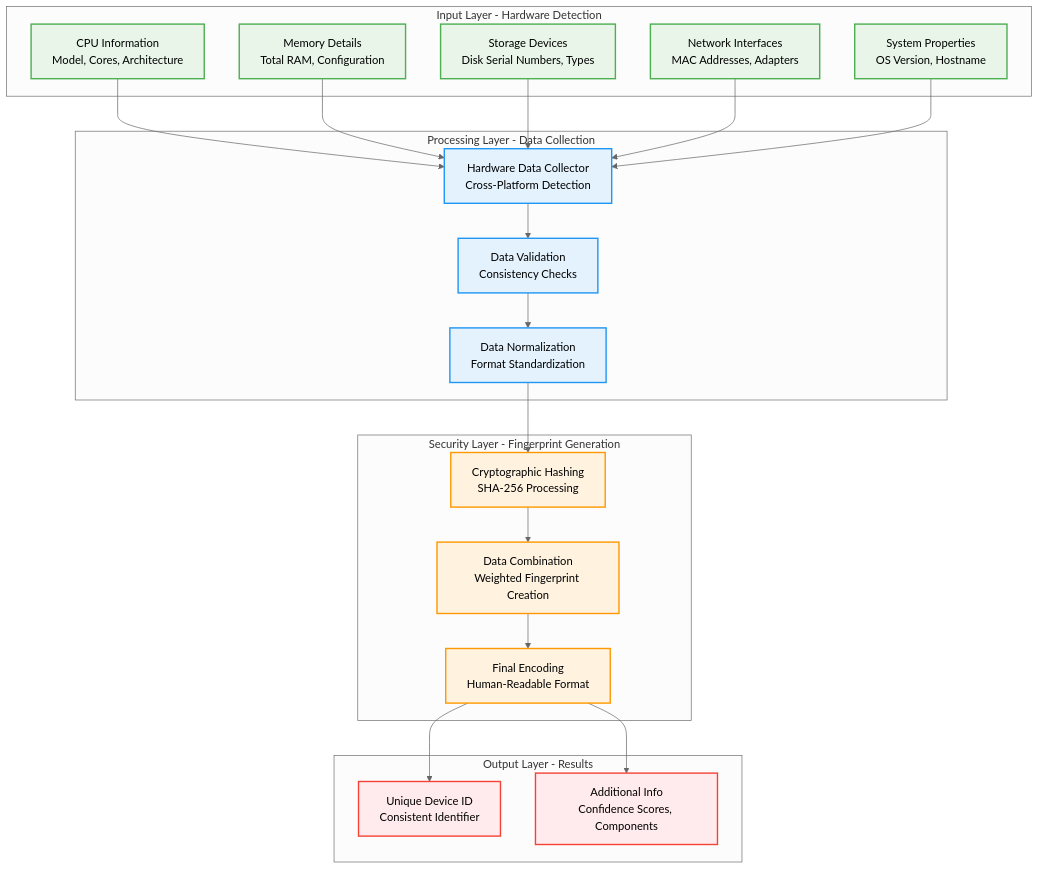
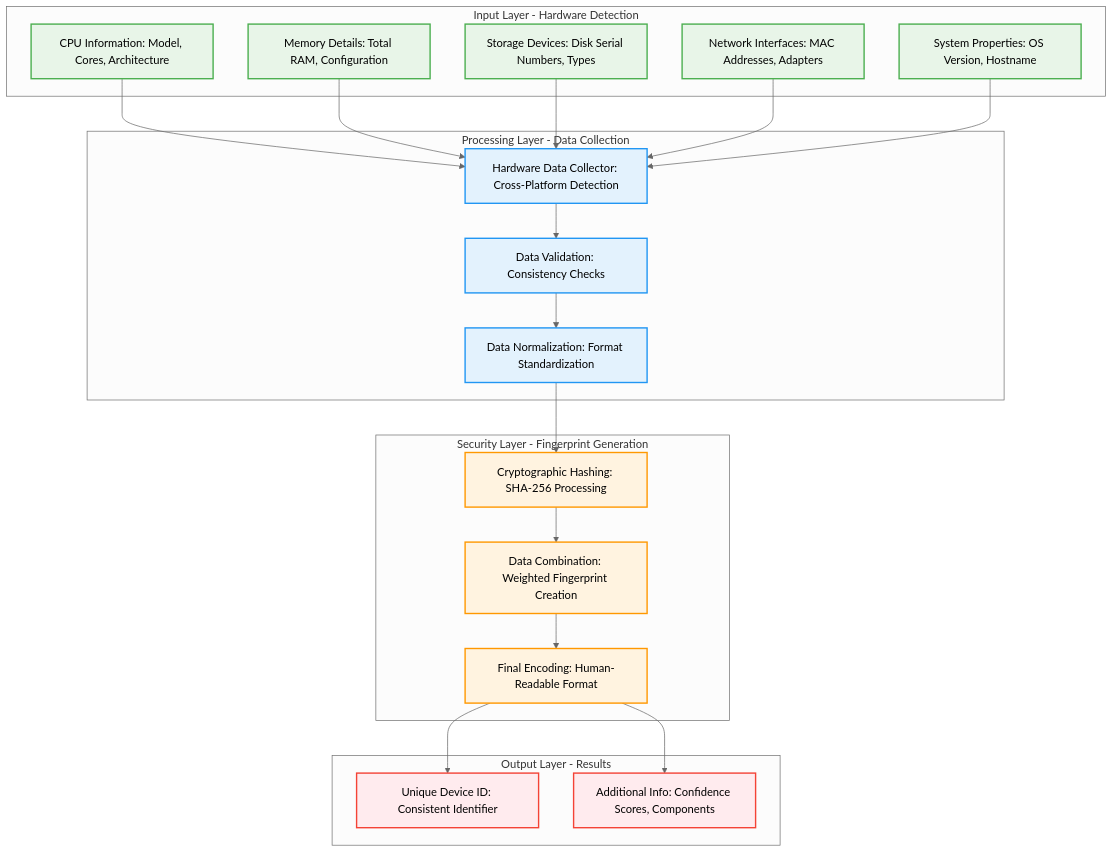
Before and after one commit to Johnsonajibi/DeviceFingerprinting: the first of 7 diagrams in README.md, drawn with Mermaid (neutral theme). The commit also changed other lines of this file, not shown here.

First line of the commit message:
Fix Mermaid diagram syntax errors

````diff
--- a/README.md
+++ b/README.md
@@ -21,52 +21,52 @@
 ```mermaid
 graph TB
     subgraph "Input Layer - Hardware Detection"
-        CPU[CPU Information<br/>Model, Cores, Architecture]
-        Memory[Memory Details<br/>Total RAM, Configuration]
-        Storage[Storage Devices<br/>Disk Serial Numbers, Types]
-        Network[Network Interfaces<br/>MAC Addresses, Adapters]
-        System[System Properties<br/>OS Version, Hostname]
+        CPU["CPU Information: Model, Cores, Architecture"]
+        Memory["Memory Details: Total RAM, Configuration"]
+        Storage["Storage Devices: Disk Serial Numbers, Types"]
+        Network["Network Interfaces: MAC Addresses, Adapters"]
+        System["System Properties: OS Version, Hostname"]
     end
     
     subgraph "Processing Layer - Data Collection"
-        Collector[Hardware Data Collector<br/>Cross-Platform Detection]
-        Validator[Data Validation<br/>Consistency Checks]
-        Normalizer[Data Normalization<br/>Format Standardization]
+        Collector["Hardware Data Collector: Cross-Platform Detection"]
+        Validator["Data Validation: Consistency Checks"]
+        Normalizer["Data Normalization: Format Standardization"]
     end
     
     subgraph "Security Layer - Fingerprint Generation"
-        Hasher[Cryptographic Hashing<br/>SHA-256 Processing]
-        Combiner[Data Combination<br/>Weighted Fingerprint Creation]
-        Encoder[Final Encoding<br/>Human-Readable Format]
+        Hasher["Cryptographic Hashing: SHA-256 Processing"]
+        Combiner["Data Combination: Weighted Fingerprint Creation"]
+        Encoder["Final Encoding: Human-Readable Format"]
     end
     
     subgraph "Output Layer - Results"
-        Fingerprint[Unique Device ID<br/>Consistent Identifier]
-        Metadata[Additional Info<br/>Confidence Scores, Components]
+        Fingerprint["Unique Device ID: Consistent Identifier"]
+        Metadata["Additional Info: Confidence Scores, Components"]
     end
     
     CPU --> Collector
     Memory --> Collector
     Storage --> Collector
     Network --> Collector
     System --> Collector
     
     Collector --> Validator
     Validator --> Normalizer
     Normalizer --> Hasher
     
     Hasher --> Combiner
     Combiner --> Encoder
     Encoder --> Fingerprint
     Encoder --> Metadata
     
     classDef input fill:#e8f5e8,stroke:#4caf50,stroke-width:2px,color:#000000
     classDef processing fill:#e3f2fd,stroke:#2196f3,stroke-width:2px,color:#000000
     classDef security fill:#fff3e0,stroke:#ff9800,stroke-width:2px,color:#000000
     classDef output fill:#ffebee,stroke:#f44336,stroke-width:2px,color:#000000
     
     class CPU,Memory,Storage,Network,System input
     class Collector,Validator,Normalizer processing
     class Hasher,Combiner,Encoder security
     class Fingerprint,Metadata output
 ```
````
